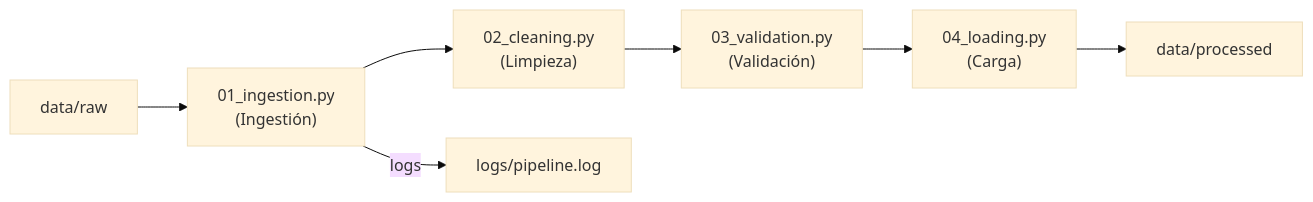
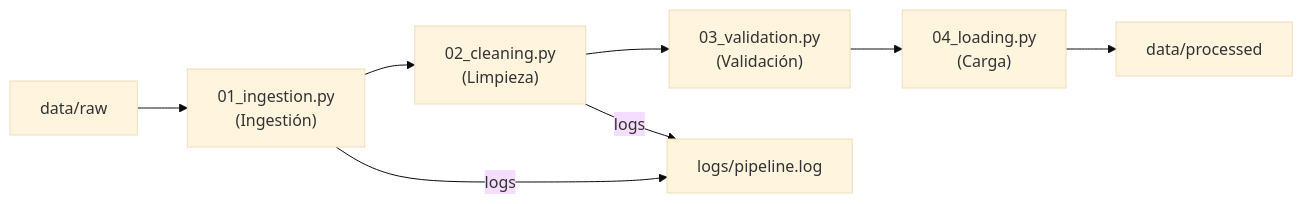
The diagram in README.md (PyKydo/fraud-detection), drawn with Mermaid (base theme) before and after one commit. The commit also changed other lines of this file and 2 other files, not shown here.

````diff
--- a/README.md
+++ b/README.md
@@ -20,13 +20,14 @@
 ```mermaid
 flowchart LR
   RAW["data/raw"]
   INGI["01_ingestion.py<br/>(Ingestión)"]
   CLEAN["02_cleaning.py<br/>(Limpieza)"]
   VALID["03_validation.py<br/>(Validación)"]
   LOAD["04_loading.py<br/>(Carga)"]
   PROC["data/processed"]
   LOGS["logs/pipeline.log"]
 
   RAW --> INGI --> CLEAN --> VALID --> LOAD --> PROC
   INGI -->|logs| LOGS
+  CLEAN -->|logs| LOGS
 ```
````
